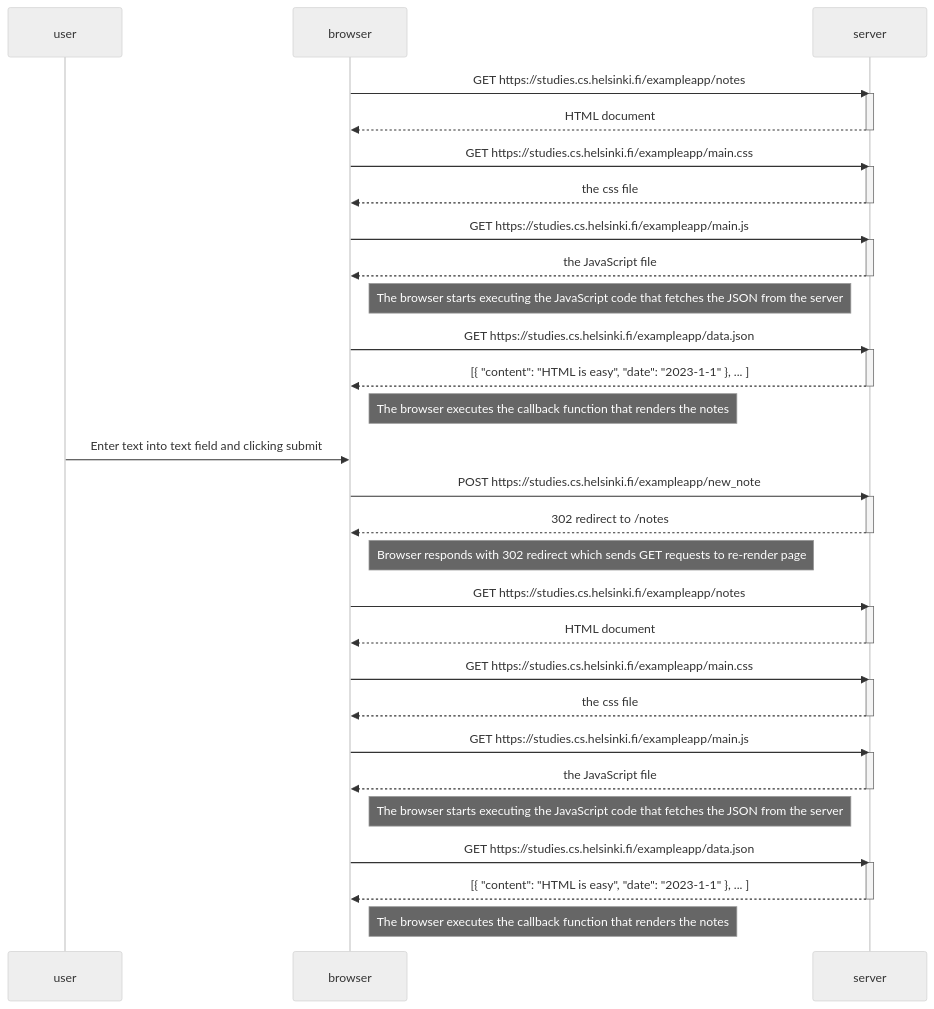
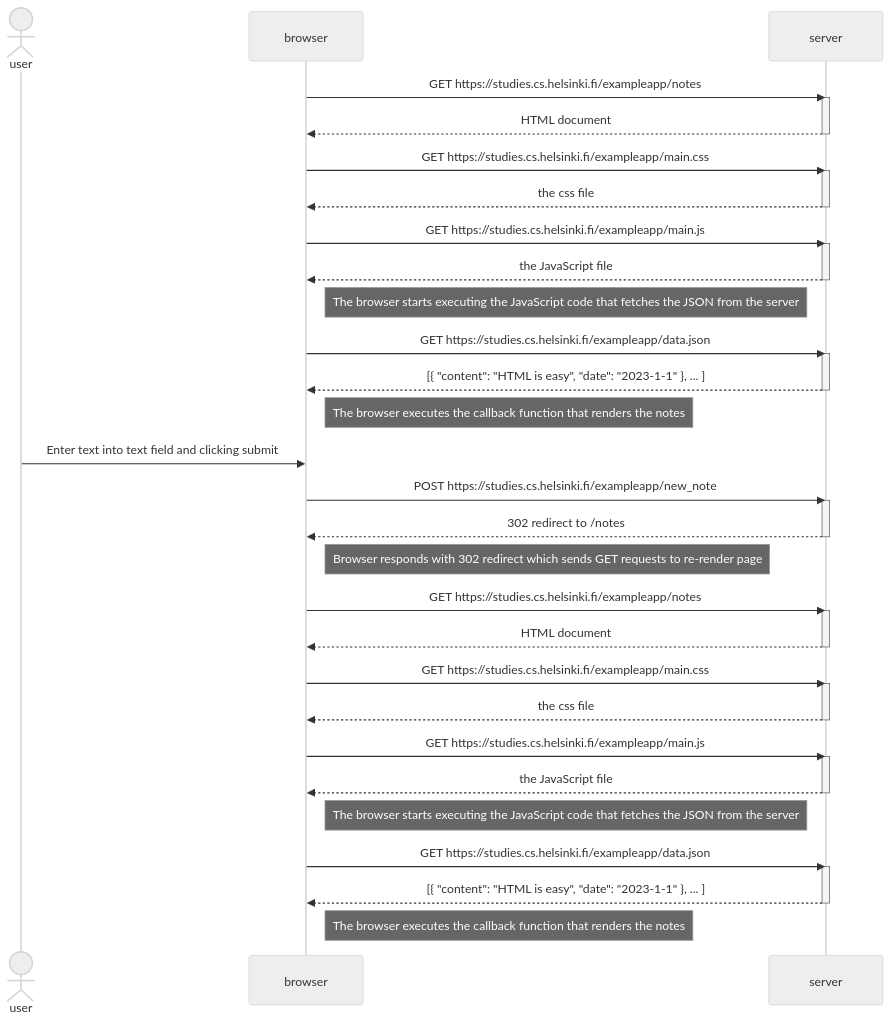
Before and after one commit to austintriggs/FullStackOpen-Exercises: the first of 3 diagrams in part0.md, drawn with Mermaid (neutral theme). The commit also changed other lines of this file, not shown here.

````diff
--- a/part0.md
+++ b/part0.md
@@ -13,62 +13,62 @@
 ```mermaid
 sequenceDiagram
-    participant user
+    actor user
     participant browser
     participant server
     
     browser->>server: GET https://studies.cs.helsinki.fi/exampleapp/notes
     activate server
     server-->>browser: HTML document
     deactivate server
     
     browser->>server: GET https://studies.cs.helsinki.fi/exampleapp/main.css
     activate server
     server-->>browser: the css file
     deactivate server
     
     browser->>server: GET https://studies.cs.helsinki.fi/exampleapp/main.js
     activate server
     server-->>browser: the JavaScript file
     deactivate server
     
     Note right of browser: The browser starts executing the JavaScript code that fetches the JSON from the server
     
     browser->>server: GET https://studies.cs.helsinki.fi/exampleapp/data.json
     activate server
     server-->>browser: [{ "content": "HTML is easy", "date": "2023-1-1" }, ... ]
     deactivate server    
 
     Note right of browser: The browser executes the callback function that renders the notes 
 
     user->>browser: Enter text into text field and clicking submit
     browser->>server: POST https://studies.cs.helsinki.fi/exampleapp/new_note
     activate server
     server-->>browser: 302 redirect to /notes
     deactivate server
 
     Note right of browser: Browser responds with 302 redirect which sends GET requests to re-render page 
 
     browser->>server: GET https://studies.cs.helsinki.fi/exampleapp/notes
     activate server
     server-->>browser: HTML document
     deactivate server
 
     browser->>server: GET https://studies.cs.helsinki.fi/exampleapp/main.css
     activate server
     server-->>browser: the css file
     deactivate server
 
     browser->>server: GET https://studies.cs.helsinki.fi/exampleapp/main.js
     activate server
     server-->>browser: the JavaScript file
     deactivate server
 
     Note right of browser: The browser starts executing the JavaScript code that fetches the JSON from the server
     
     browser->>server: GET https://studies.cs.helsinki.fi/exampleapp/data.json
     activate server
     server-->>browser: [{ "content": "HTML is easy", "date": "2023-1-1" }, ... ]
     deactivate server
 
     Note right of browser: The browser executes the callback function that renders the notes
 ```
````
